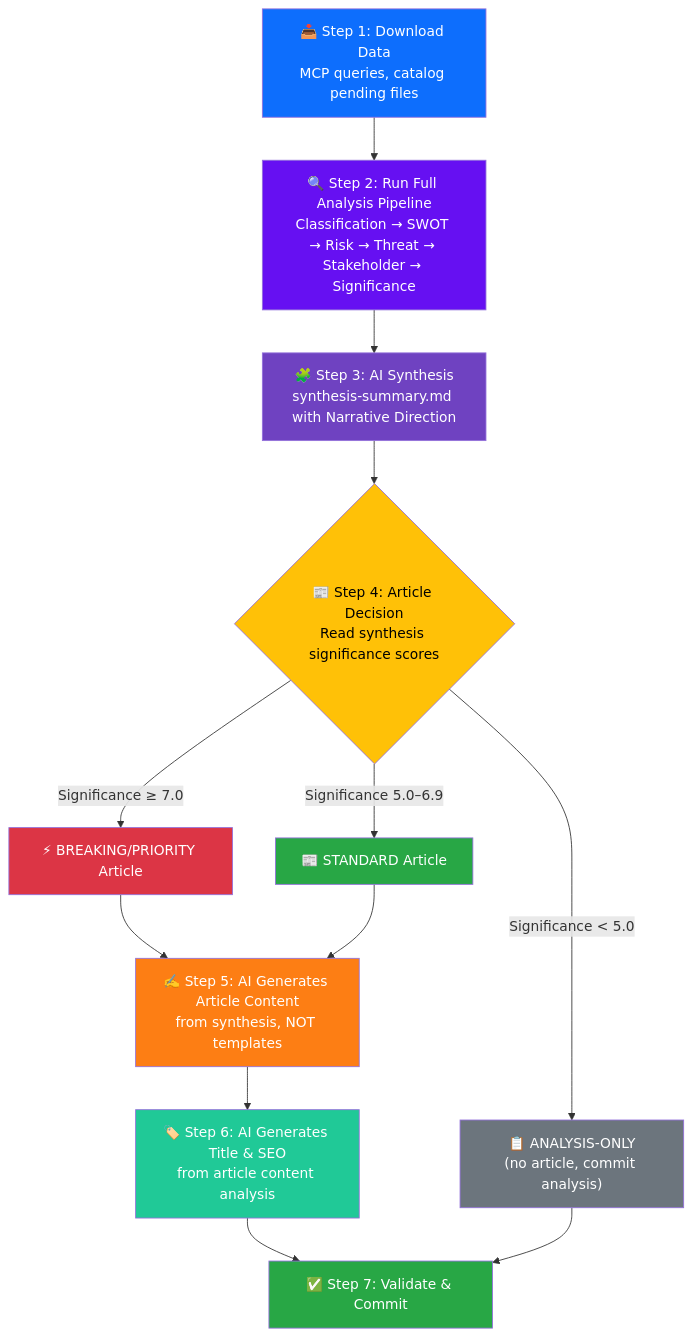
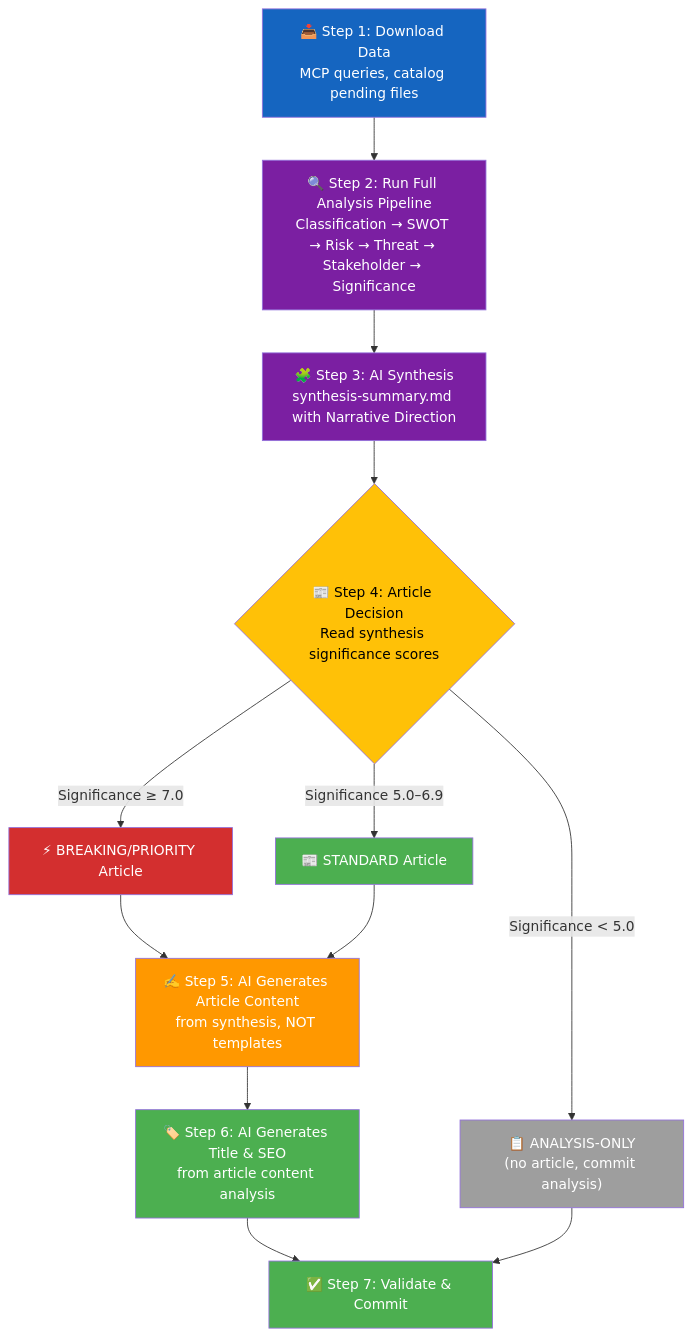
Before and after one commit to Hack23/riksdagsmonitor: the ninth of 11 diagrams in analysis/methodologies/ai-driven-analysis-guide.md, drawn with Mermaid. The commit also changed other lines of this file and 14 other files, not shown here.

First line of the commit message:
Align analysis/ mermaid diagrams with ISMS Style Guide palette and convert SWOT to quadrantChart

````diff
--- a/analysis/methodologies/ai-driven-analysis-guide.md
+++ b/analysis/methodologies/ai-driven-analysis-guide.md
@@ -1139,25 +1146,25 @@
 ```mermaid
 flowchart TD
     A["📥 Step 1: Download Data<br/>MCP queries, catalog pending files"] --> B["🔍 Step 2: Run Full Analysis Pipeline<br/>Classification → SWOT → Risk → Threat → Stakeholder → Significance"]
     B --> C["🧩 Step 3: AI Synthesis<br/>synthesis-summary.md with Narrative Direction"]
     C --> D{"📰 Step 4: Article Decision<br/>Read synthesis significance scores"}
     D -->|"Significance ≥ 7.0"| E["⚡ BREAKING/PRIORITY Article"]
     D -->|"Significance 5.0–6.9"| F["📰 STANDARD Article"]
     D -->|"Significance < 5.0"| G["📋 ANALYSIS-ONLY<br/>(no article, commit analysis)"]
     E --> H["✍️ Step 5: AI Generates Article Content<br/>from synthesis, NOT templates"]
     F --> H
     H --> I["🏷️ Step 6: AI Generates Title & SEO<br/>from article content analysis"]
     I --> J["✅ Step 7: Validate & Commit"]
     G --> J
 
-    style A fill:#0d6efd,color:#fff
-    style B fill:#6610f2,color:#fff
-    style C fill:#6f42c1,color:#fff
-    style D fill:#ffc107,color:#000
-    style E fill:#dc3545,color:#fff
-    style F fill:#28a745,color:#fff
-    style G fill:#6c757d,color:#fff
-    style H fill:#fd7e14,color:#fff
-    style I fill:#20c997,color:#fff
-    style J fill:#28a745,color:#fff
+    style A fill:#1565C0,color:#FFFFFF
+    style B fill:#7B1FA2,color:#FFFFFF
+    style C fill:#7B1FA2,color:#FFFFFF
+    style D fill:#FFC107,color:#000000
+    style E fill:#D32F2F,color:#FFFFFF
+    style F fill:#4CAF50,color:#FFFFFF
+    style G fill:#9E9E9E,color:#FFFFFF
+    style H fill:#FF9800,color:#FFFFFF
+    style I fill:#4CAF50,color:#FFFFFF
+    style J fill:#4CAF50,color:#FFFFFF
 ```
````
